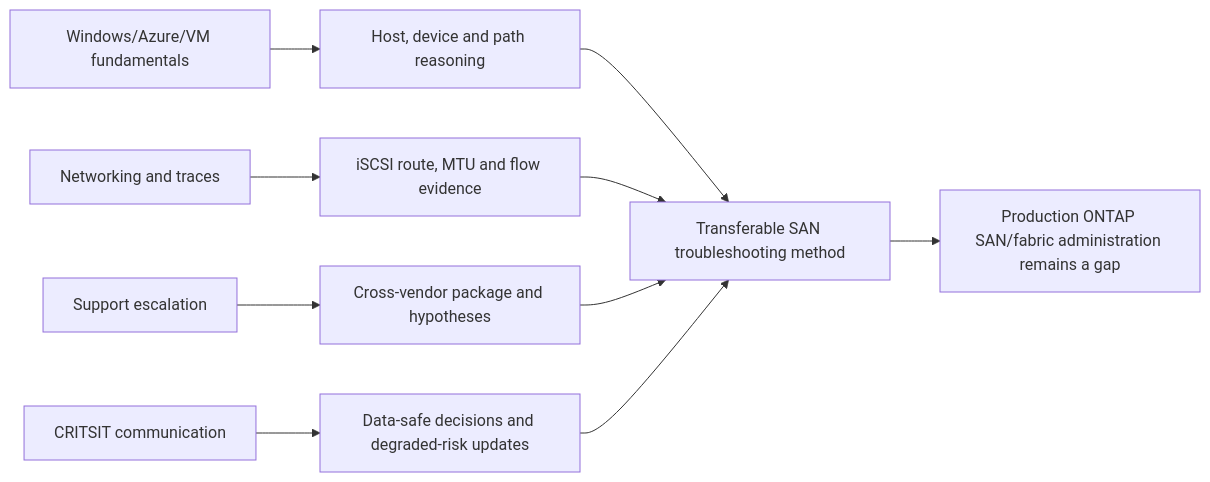
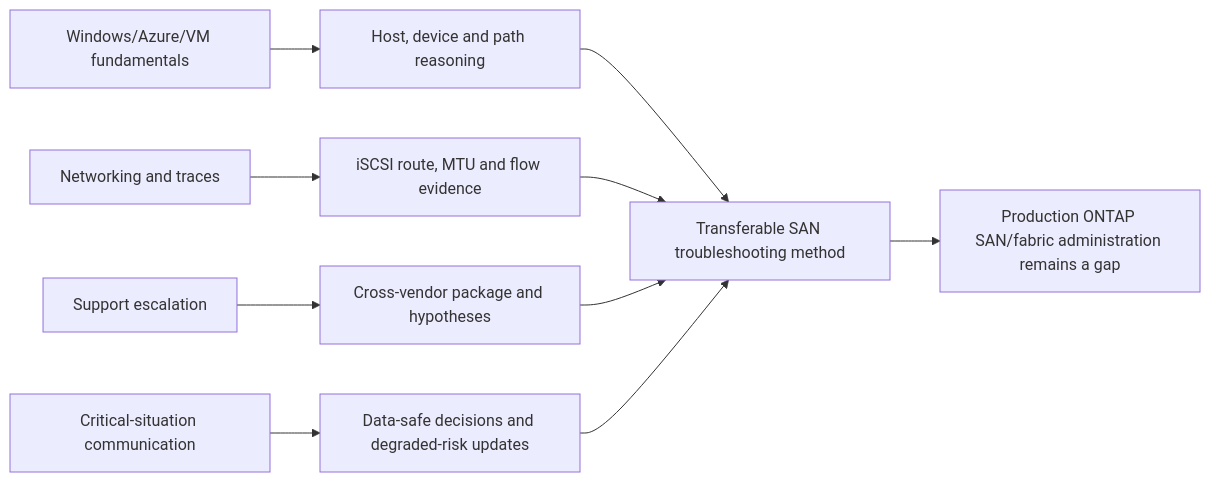
One commit to hichauhan-in/Interview-Prep changed diagram 26 of 27 in NetApp TAM/prep/Part-75-san-troubleshooting-scenarios.md. Above: the diagram before and after it, drawn with Mermaid. The commit also changed other lines of this file and 493 other files, not shown here.

````diff
--- a/NetApp TAM/prep/Part-75-san-troubleshooting-scenarios.md
+++ b/NetApp TAM/prep/Part-75-san-troubleshooting-scenarios.md
@@ -642,12 +642,12 @@
 ```mermaid
 flowchart LR
     WIN[Windows/Azure/VM fundamentals] --> HOST[Host, device and path reasoning]
     NET[Networking and traces] --> ISCSI[iSCSI route, MTU and flow evidence]
     ESC[Support escalation] --> EVID[Cross-vendor package and hypotheses]
-    CRIT[CRITSIT communication] --> SAFE[Data-safe decisions and degraded-risk updates]
+    CRIT[Critical-situation communication] --> SAFE[Data-safe decisions and degraded-risk updates]
     HOST --> TRANS[Transferable SAN troubleshooting method]
     ISCSI --> TRANS
     EVID --> TRANS
     SAFE --> TRANS
     TRANS --> GAP[Production ONTAP SAN/fabric administration remains a gap]
 ```
````
